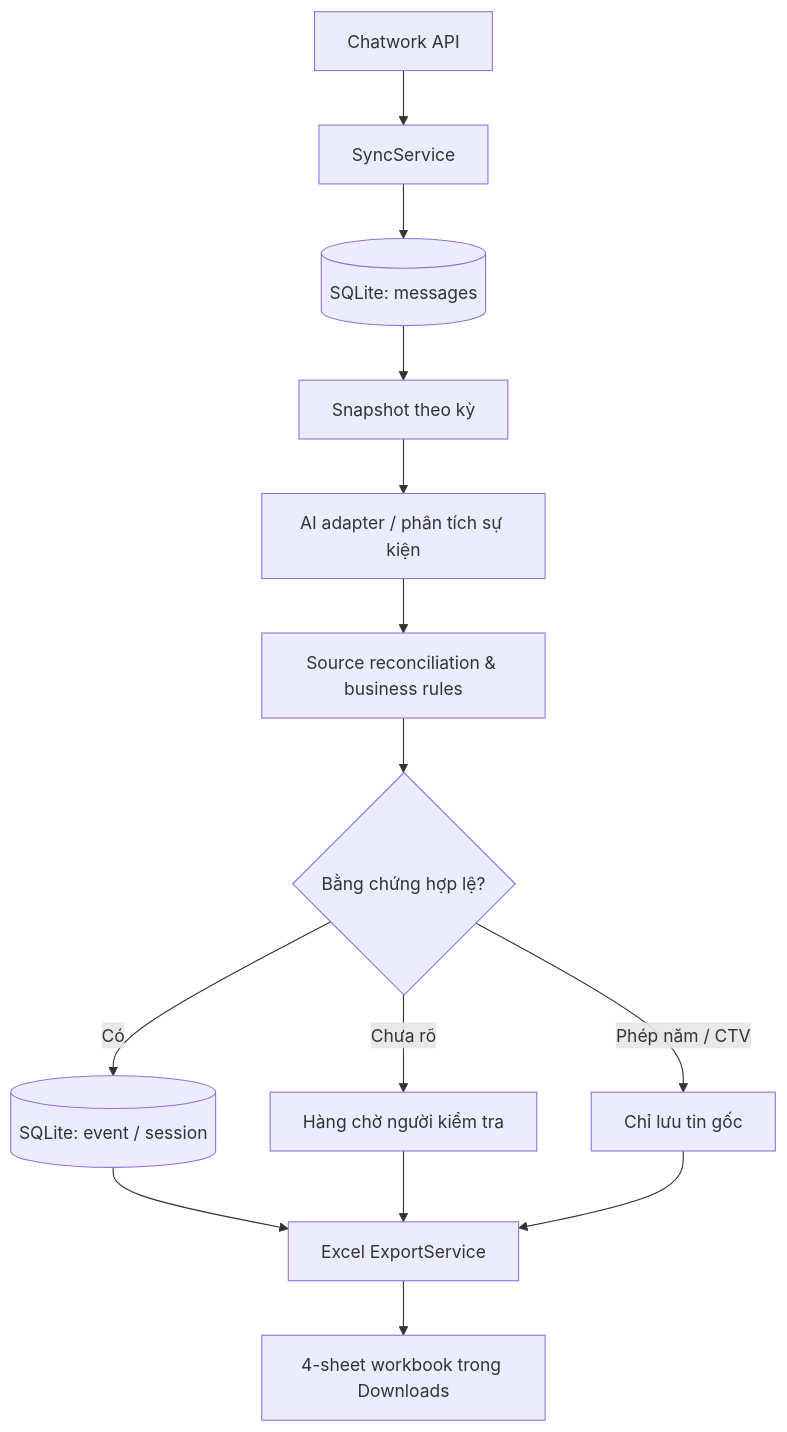
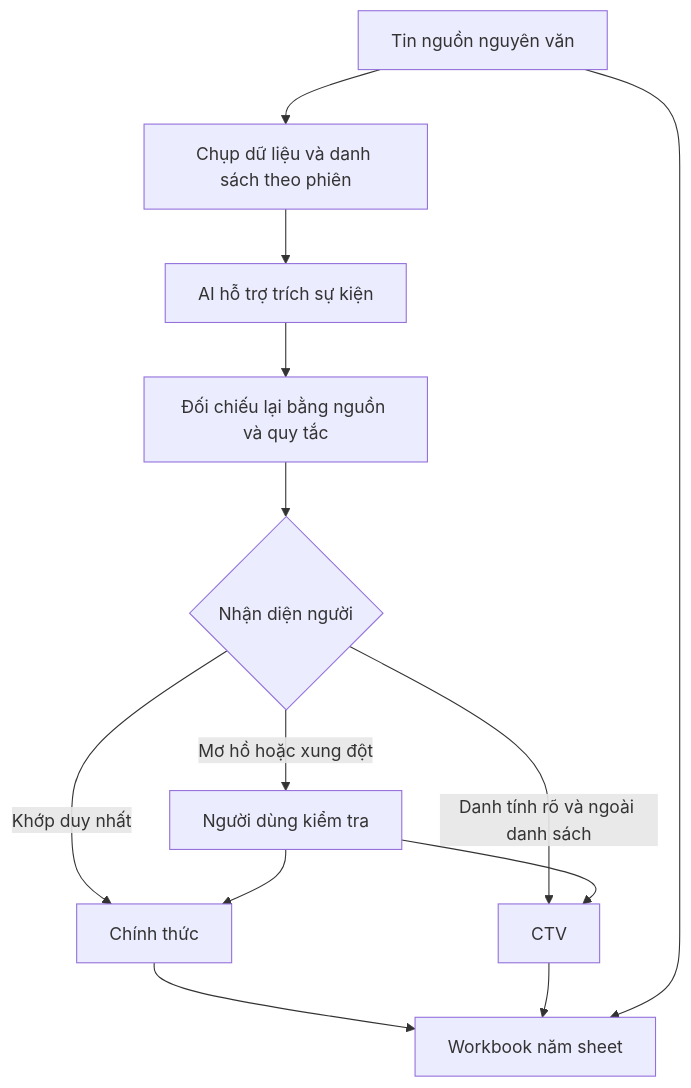
The second of 2 diagrams in docs/ARCHITECTURE.md (danggiakhanhgl2022-hash/AttendSift-AI), drawn with Mermaid before and after one commit. The commit also changed other lines of this file and 42 other files, not shown here.

````diff
--- a/docs/ARCHITECTURE.md
+++ b/docs/ARCHITECTURE.md
@@ -5,16 +22,15 @@
 ```mermaid
 flowchart TD
- A[Chatwork API] --> B[SyncService]
- B --> C[(SQLite: messages)]
- C --> D[Snapshot theo kỳ]
- D --> E[AI adapter / phân tích sự kiện]
- E --> F[Source reconciliation & business rules]
- F --> G{Bằng chứng hợp lệ?}
- G -->|Có| H[(SQLite: event / session)]
- G -->|Chưa rõ| I[Hàng chờ người kiểm tra]
- G -->|Phép năm / CTV| J[Chỉ lưu tin gốc]
- H --> K[Excel ExportService]
- I --> K
- J --> K
- K --> L[4-sheet workbook trong Downloads]
+    S[Tin nguồn nguyên văn] --> P[Chụp dữ liệu và danh sách theo phiên]
+    P --> AI[AI hỗ trợ trích sự kiện]
+    AI --> R[Đối chiếu lại bằng nguồn và quy tắc]
+    R --> D{Nhận diện người}
+    D -->|Khớp duy nhất| O[Chính thức]
+    D -->|Danh tính rõ và ngoài danh sách| C[CTV]
+    D -->|Mơ hồ hoặc xung đột| H[Người dùng kiểm tra]
+    H --> O
+    H --> C
+    O --> X[Workbook năm sheet]
+    C --> X
+    S --> X
 ```
````
